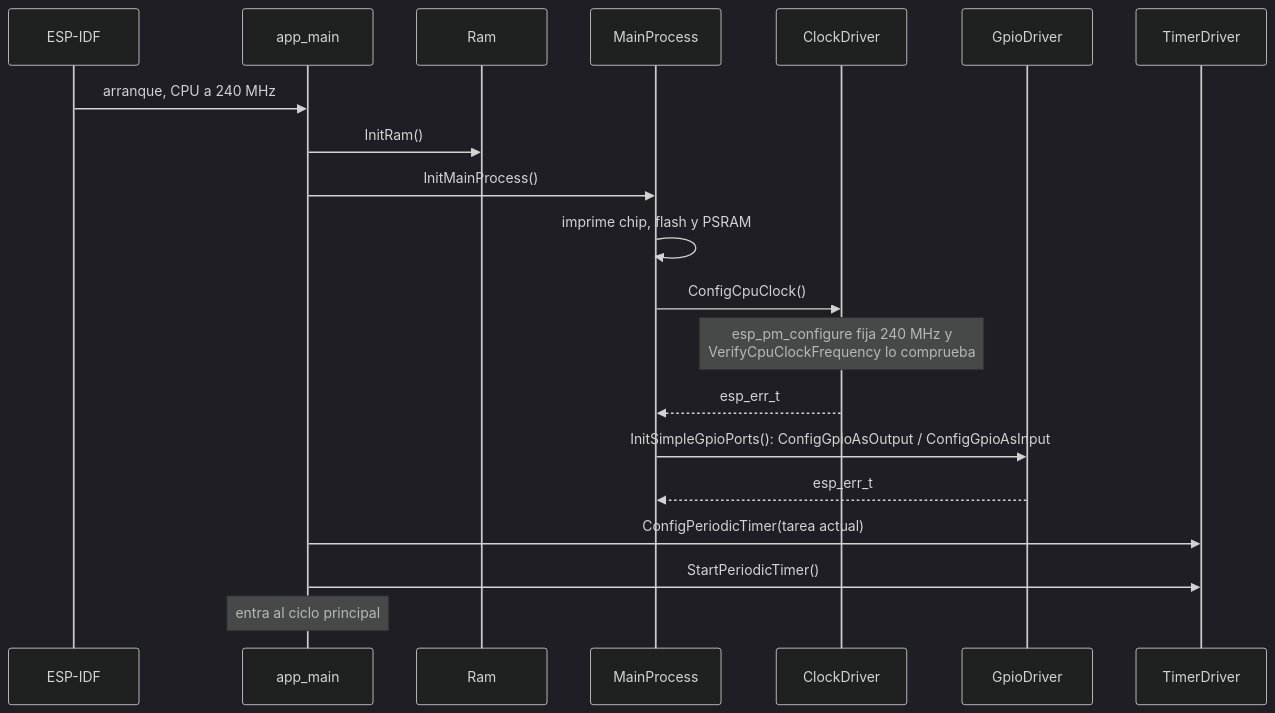
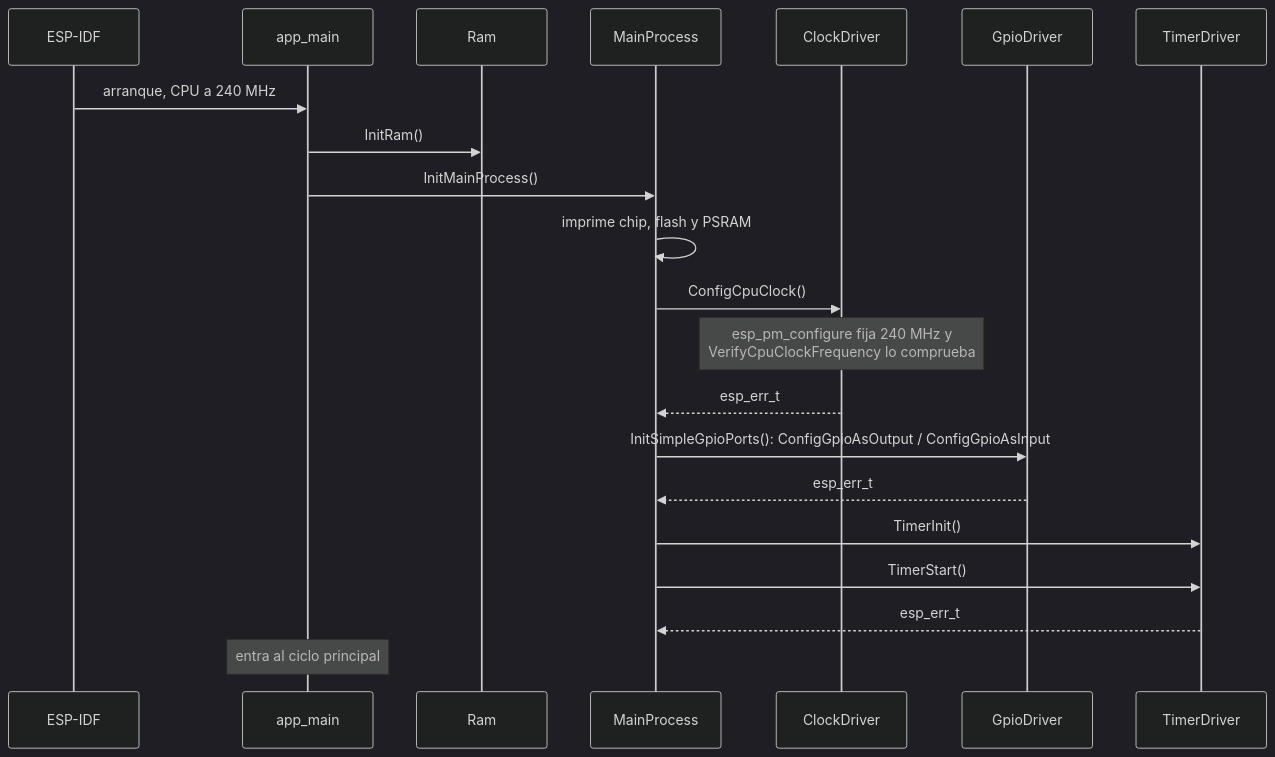
The fourth of 6 diagrams in Sw/README.md (rodgutzal/Airsoft-MultipurposeGameModeTool), drawn with Mermaid (dark theme) before and after one commit. The commit also changed other lines of this file and 8 other files, not shown here.

````diff
--- a/Sw/README.md
+++ b/Sw/README.md
@@ -180,22 +183,23 @@
 ```mermaid
 sequenceDiagram
   participant IDF as ESP-IDF
   participant Main as app_main
   participant Ram
   participant MP as MainProcess
   participant Clk as ClockDriver
   participant Gpio as GpioDriver
   participant Tim as TimerDriver
   IDF->>Main: arranque, CPU a 240 MHz
   Main->>Ram: InitRam()
   Main->>MP: InitMainProcess()
   MP->>MP: imprime chip, flash y PSRAM
   MP->>Clk: ConfigCpuClock()
   Note over Clk: esp_pm_configure fija 240 MHz y<br/>VerifyCpuClockFrequency lo comprueba
   Clk-->>MP: esp_err_t
   MP->>Gpio: InitSimpleGpioPorts(): ConfigGpioAsOutput / ConfigGpioAsInput
   Gpio-->>MP: esp_err_t
-  Main->>Tim: ConfigPeriodicTimer(tarea actual)
-  Main->>Tim: StartPeriodicTimer()
+  MP->>Tim: TimerInit()
+  MP->>Tim: TimerStart()
+  Tim-->>MP: esp_err_t
   Note over Main: entra al ciclo principal
 ```
````
